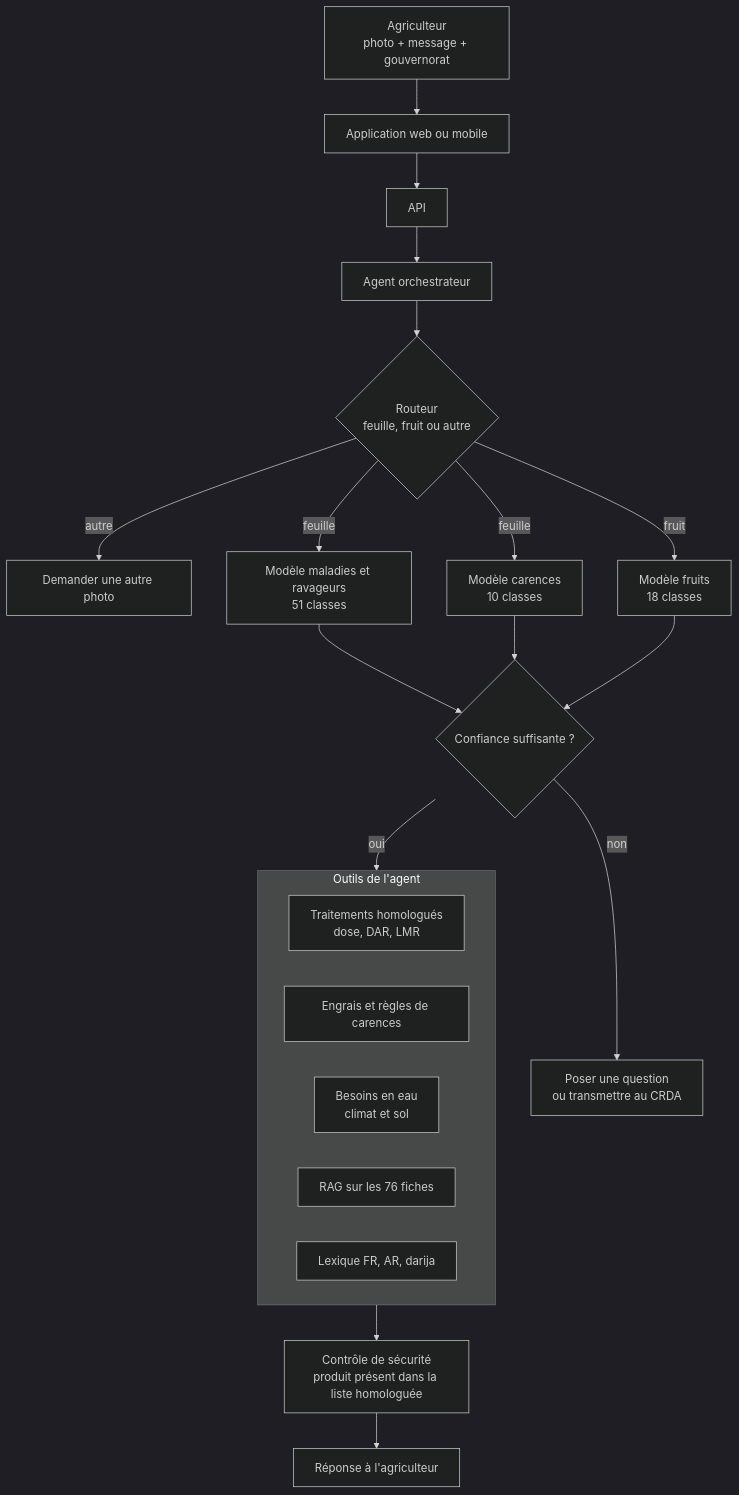
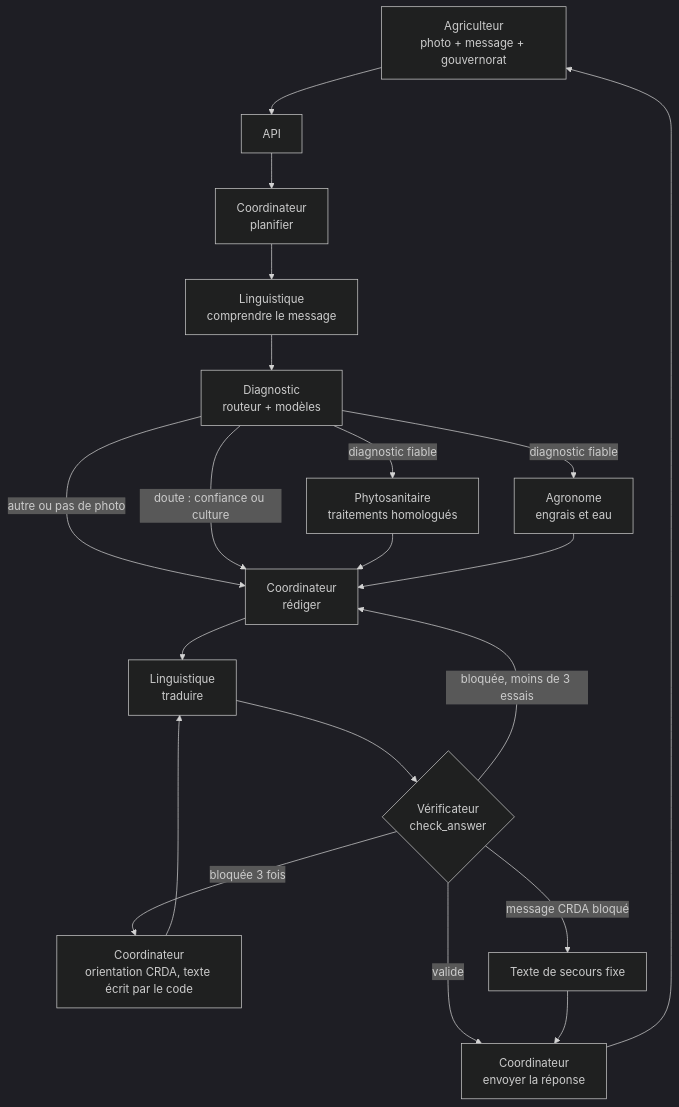
Before and after one commit to MaisseneJradi/AgrIA: the diagram in docs/ARCHITECTURE.md, drawn with Mermaid (dark theme). The commit also changed other lines of this file and 39 other files, not shown here.

Commit message:
Step 4: multi-agent system (6 agents, LangGraph), shared case file, verifier loop with CRDA fallback, 10 agent tests

````diff
--- a/docs/ARCHITECTURE.md
+++ b/docs/ARCHITECTURE.md
@@ -21,29 +30,22 @@
 ```mermaid
 flowchart TD
-    U[Agriculteur<br/>photo + message + gouvernorat] --> APP[Application web ou mobile]
-    APP --> API[API]
-    API --> O[Agent orchestrateur]
-
-    O --> R{Routeur<br/>feuille, fruit ou autre}
-    R -->|autre| Q[Demander une autre photo]
-    R -->|feuille| L[Modèle maladies et ravageurs<br/>51 classes]
-    R -->|feuille| D[Modèle carences<br/>10 classes]
-    R -->|fruit| F[Modèle fruits<br/>18 classes]
-
-    L --> C{Confiance suffisante ?}
-    D --> C
-    F --> C
-    C -->|non| E[Poser une question<br/>ou transmettre au CRDA]
-    C -->|oui| T
-
-    subgraph T[Outils de l'agent]
-        T1[Traitements homologués<br/>dose, DAR, LMR]
-        T2[Engrais et règles de carences]
-        T3[Besoins en eau<br/>climat et sol]
-        T4[RAG sur les 76 fiches]
-        T5[Lexique FR, AR, darija]
-    end
-
-    T --> S[Contrôle de sécurité<br/>produit présent dans la liste homologuée]
-    S --> A[Réponse à l'agriculteur]
+    U[Agriculteur<br/>photo + message + gouvernorat] --> API[API]
+    API --> CP[Coordinateur<br/>planifier]
+    CP --> LC[Linguistique<br/>comprendre le message]
+    LC --> DG[Diagnostic<br/>routeur + modèles]
+    DG -->|autre ou pas de photo| CR
+    DG -->|doute : confiance ou culture| CR
+    DG -->|diagnostic fiable| PH[Phytosanitaire<br/>traitements homologués]
+    DG -->|diagnostic fiable| AG[Agronome<br/>engrais et eau]
+    PH --> CR[Coordinateur<br/>rédiger]
+    AG --> CR
+    CR --> LT[Linguistique<br/>traduire]
+    LT --> VE{Vérificateur<br/>check_answer}
+    VE -->|valide| FI[Coordinateur<br/>envoyer la réponse]
+    VE -->|bloquée, moins de 3 essais| CR
+    VE -->|bloquée 3 fois| CD[Coordinateur<br/>orientation CRDA, texte écrit par le code]
+    CD --> LT
+    VE -->|message CRDA bloqué| SE[Texte de secours fixe]
+    SE --> FI
+    FI --> U
 ```
````
